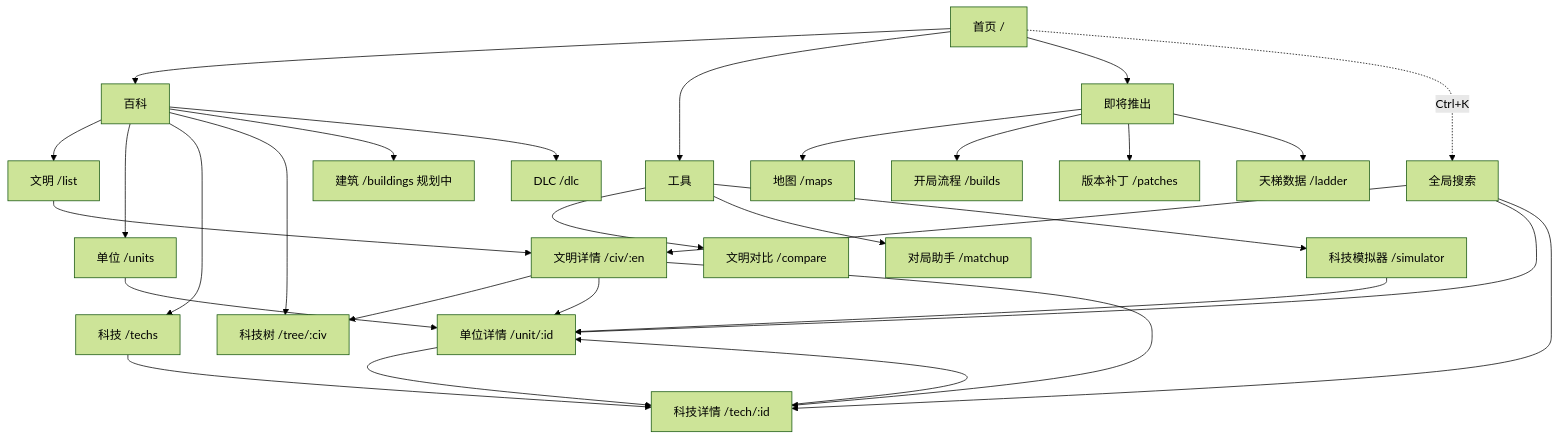
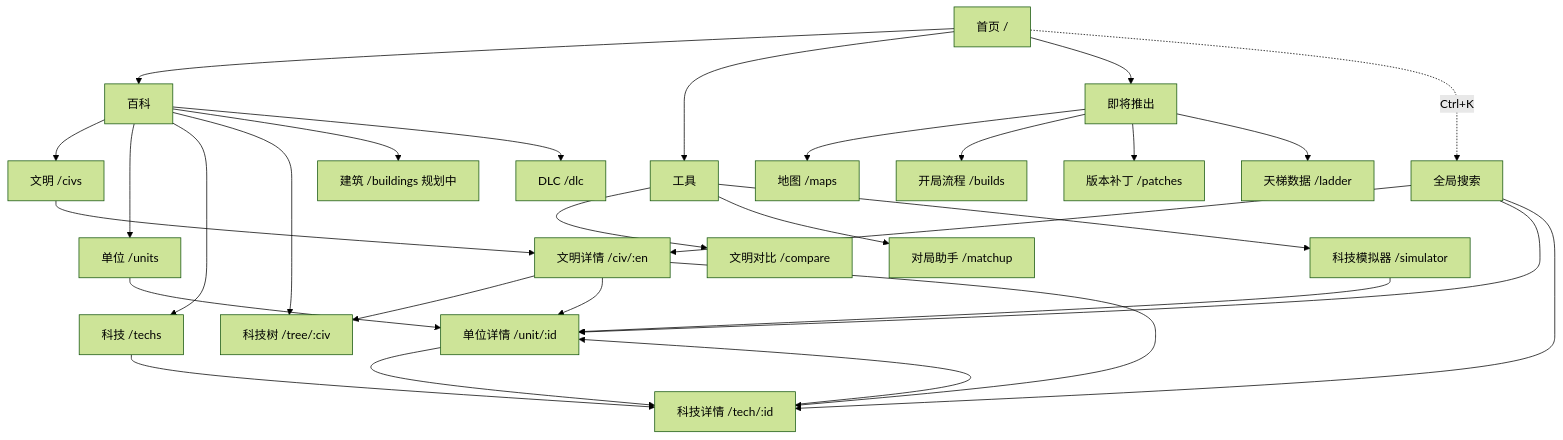
One commit to linhongcun/aoe2-analyzer changed the diagram in docs/IA-REDESIGN.md. Above: the diagram before and after it, drawn with Mermaid (forest theme). The commit also changed other lines of this file and 10 other files, not shown here.

First line of the commit message:
nav/home: 合并即将推出为一张卡片，导航收敛为首页/文明/单位/科技/科技树/工具▾，/list 统一为 /civs

````diff
--- a/docs/IA-REDESIGN.md
+++ b/docs/IA-REDESIGN.md
@@ -112,26 +112,26 @@
 ```mermaid
 graph TD
   H[首页 /] --> W[百科]
   H --> T[工具]
   H --> F[即将推出]
   H -. Ctrl+K .-> S[全局搜索]
-  W --> C[文明 /list] --> CD[文明详情 /civ/:en]
+  W --> C[文明 /civs] --> CD[文明详情 /civ/:en]
   W --> U[单位 /units] --> UD[单位详情 /unit/:id]
   W --> K[科技 /techs] --> KD[科技详情 /tech/:id]
   W --> TR[科技树 /tree/:civ]
   W --> B[建筑 /buildings 规划中]
   W --> D[DLC /dlc]
   T --> CMP[文明对比 /compare]
   T --> MU[对局助手 /matchup]
   T --> SIM[科技模拟器 /simulator] --> UD
   F --> MAP[地图 /maps]
   F --> BO[开局流程 /builds]
   F --> PN[版本补丁 /patches]
   F --> LD[天梯数据 /ladder]
   CD --> TR
   CD --> UD
   CD --> KD
   UD --> KD
   KD --> UD
   S --> CD & UD & KD
 ```
````
